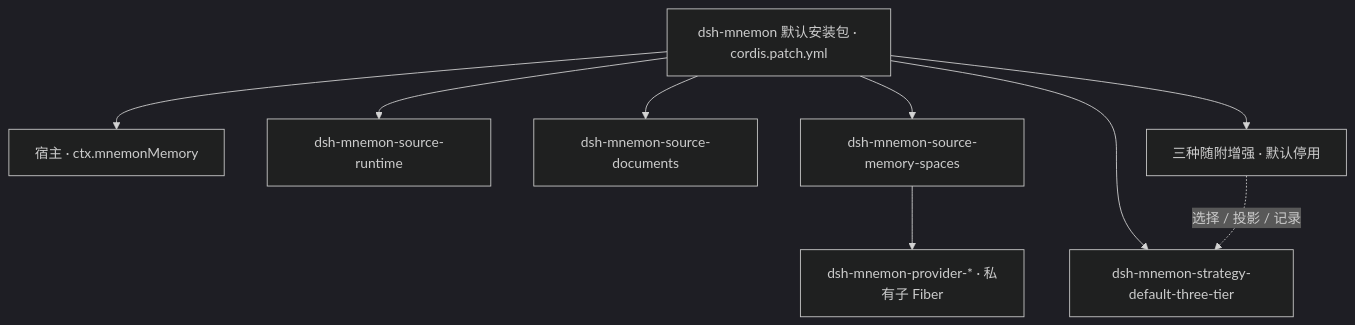
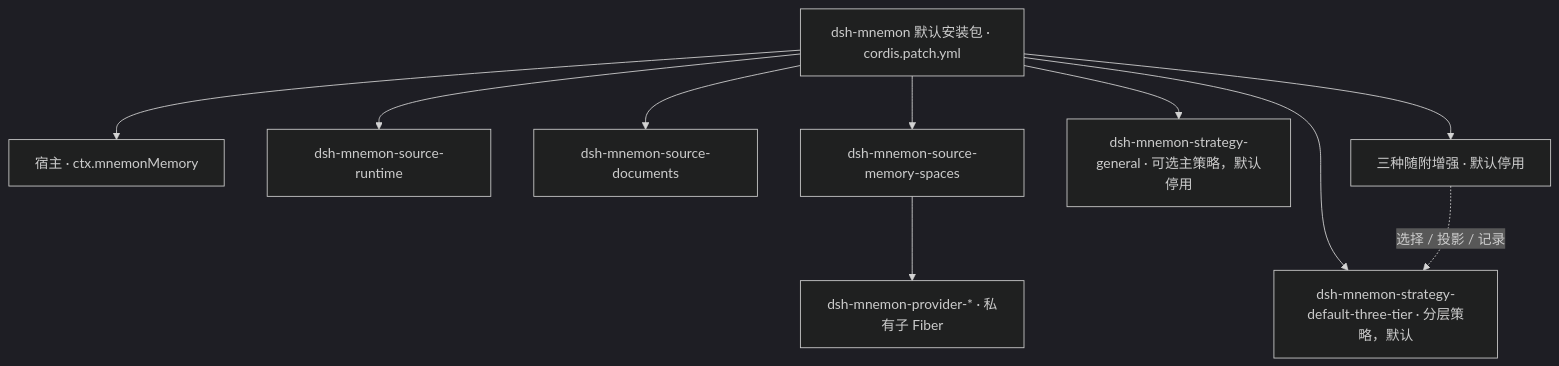
The first of 3 diagrams in dsh/docs/zh-CN/development/architecture.md (DerKodex-Repo-Curator/mnemon), drawn with Mermaid (dark theme) before and after one commit. The commit also changed other lines of this file and 38 other files, not shown here.

````diff
--- a/dsh/docs/zh-CN/development/architecture.md
+++ b/dsh/docs/zh-CN/development/architecture.md
@@ -11,11 +11,12 @@
 ```mermaid
 flowchart TB
   Starter["dsh-mnemon 默认安装包 · cordis.patch.yml"] --> Host["宿主 · ctx.mnemonMemory"]
   Starter --> Runtime["dsh-mnemon-source-runtime"]
   Starter --> Docs["dsh-mnemon-source-documents"]
   Starter --> Spaces["dsh-mnemon-source-memory-spaces"]
-  Starter --> Strategy["dsh-mnemon-strategy-default-three-tier"]
+  Starter --> Strategy["dsh-mnemon-strategy-default-three-tier · 分层策略，默认"]
+  Starter --> General["dsh-mnemon-strategy-general · 可选主策略，默认停用"]
   Starter --> Helpers["三种随附增强 · 默认停用"]
   Helpers -. 选择 / 投影 / 记录 .-> Strategy
   Spaces --> Providers["dsh-mnemon-provider-* · 私有子 Fiber"]
 ```
````
